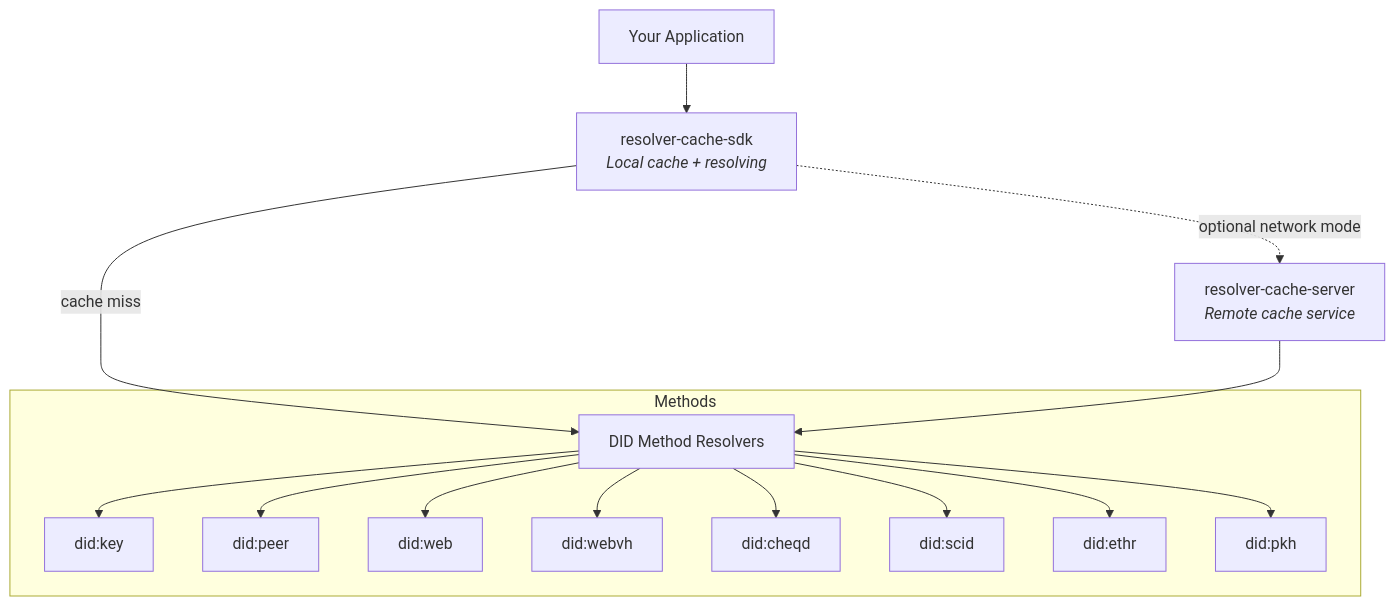
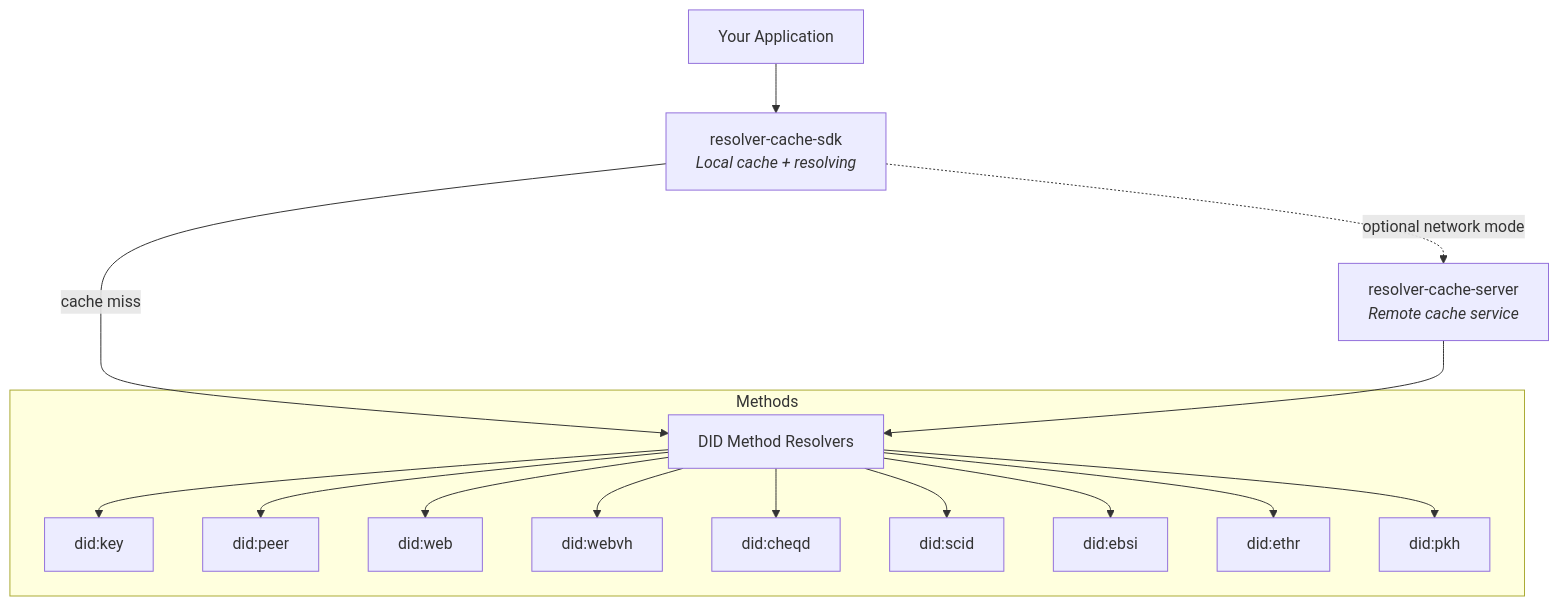
The diagram in crates/affinidi-did-resolver/README.md (affinidi/affinidi-tdk-rs), drawn with Mermaid before and after one commit. The commit also changed other lines of this file and 584 other files, not shown here.

````diff
--- a/crates/affinidi-did-resolver/README.md
+++ b/crates/affinidi-did-resolver/README.md
@@ -16,18 +16,19 @@
 ```mermaid
 graph TD
     APP["Your Application"] --> SDK["resolver-cache-sdk<br/><i>Local cache + resolving</i>"]
     SDK -->|cache miss| METHODS["DID Method Resolvers"]
     SDK -.->|optional network mode| SERVER["resolver-cache-server<br/><i>Remote cache service</i>"]
     SERVER --> METHODS
 
     subgraph Methods
         METHODS --> KEY["did:key"]
         METHODS --> PEER["did:peer"]
         METHODS --> WEB["did:web"]
         METHODS --> WEBVH["did:webvh"]
         METHODS --> CHEQD["did:cheqd"]
         METHODS --> SCID["did:scid"]
+        METHODS --> EBSI["did:ebsi"]
         METHODS --> ETH["did:ethr"]
         METHODS --> PKH["did:pkh"]
     end
 ```
````
